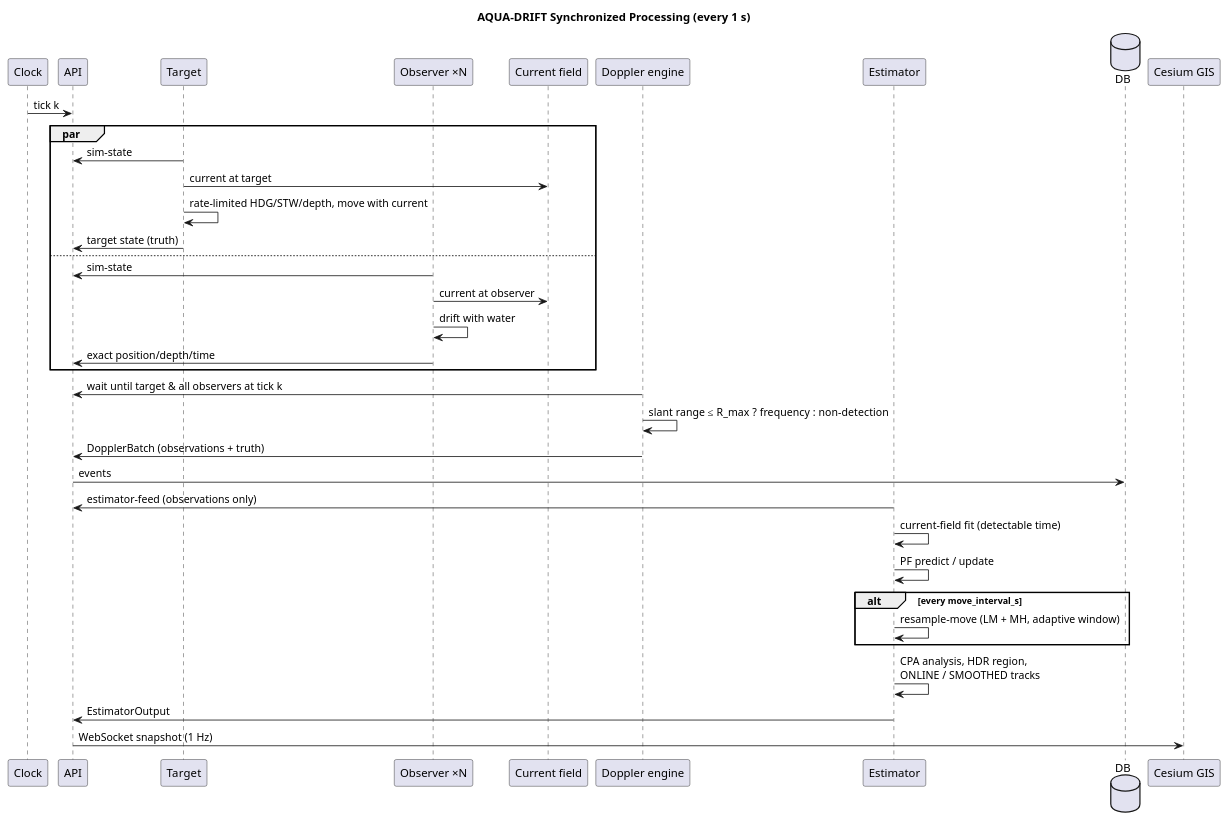
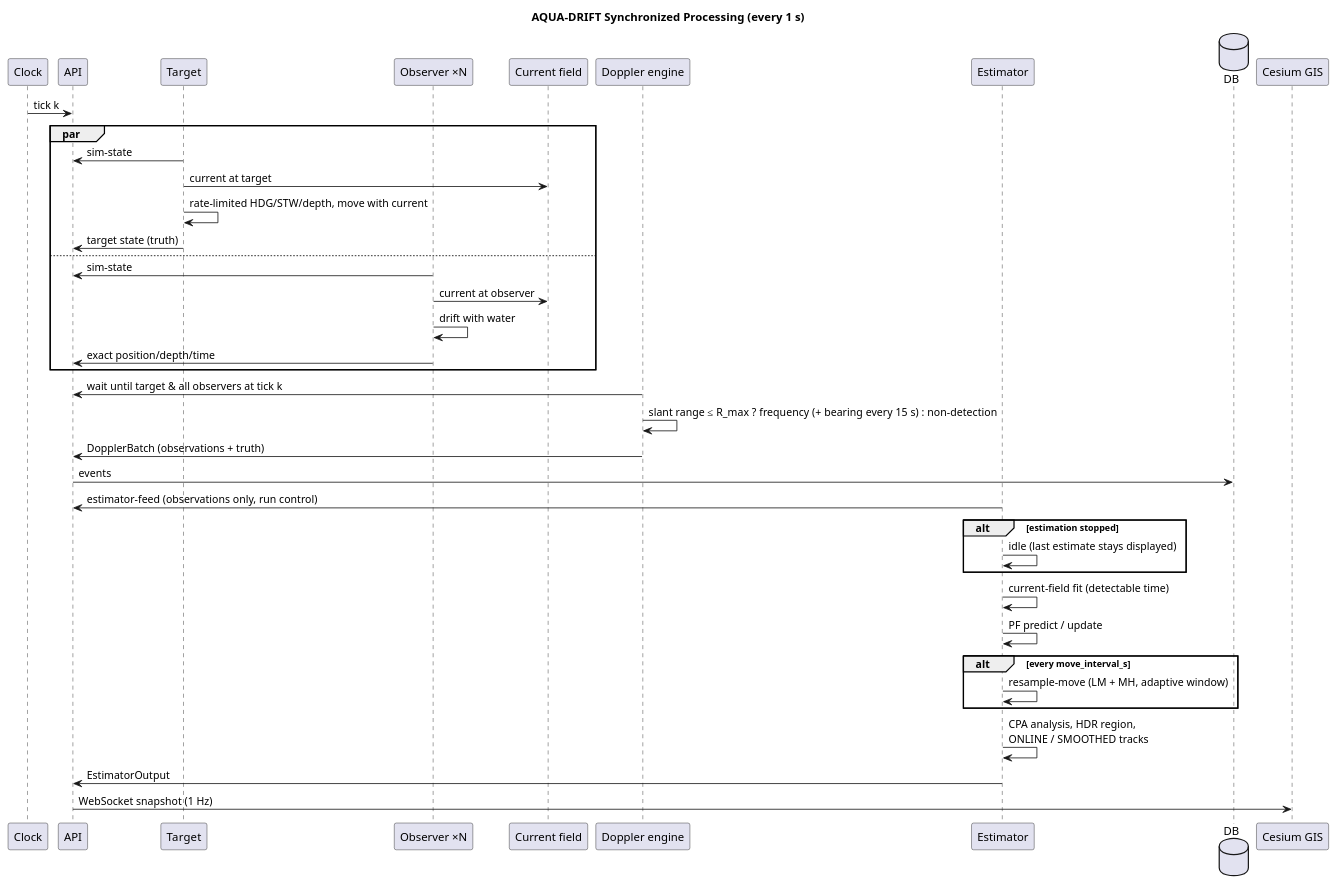
One commit to UeEmon/aqua-drift-simulator changed the diagram in docs/uml/sequence.puml. Above: the diagram before and after it, drawn with PlantUML. The commit also changed 29 other files, not shown here.

First line of the commit message:
Add estimate-vs-truth comparison, target setup tab, estimation start/stop, bearings, surround layout

```diff
--- a/docs/uml/sequence.puml
+++ b/docs/uml/sequence.puml
@@ -1,38 +1,41 @@
 @startuml
 title AQUA-DRIFT Synchronized Processing (every 1 s)
 participant Clock
 participant API
 participant Target
 participant "Observer ×N" as Observer
 participant "Current field" as Field
 participant "Doppler engine" as Doppler
 participant Estimator
 database DB
 participant "Cesium GIS" as GIS
 
 Clock -> API : tick k
 par
   Target -> API : sim-state
   Target -> Field : current at target
   Target -> Target : rate-limited HDG/STW/depth, move with current
   Target -> API : target state (truth)
 else
   Observer -> API : sim-state
   Observer -> Field : current at observer
   Observer -> Observer : drift with water
   Observer -> API : exact position/depth/time
 end
 Doppler -> API : wait until target & all observers at tick k
-Doppler -> Doppler : slant range ≤ R_max ? frequency : non-detection
+Doppler -> Doppler : slant range ≤ R_max ? frequency (+ bearing every 15 s) : non-detection
 Doppler -> API : DopplerBatch (observations + truth)
 API -> DB : events
-Estimator -> API : estimator-feed (observations only)
+Estimator -> API : estimator-feed (observations only, run control)
+alt estimation stopped
+  Estimator -> Estimator : idle (last estimate stays displayed)
+end
 Estimator -> Estimator : current-field fit (detectable time)
 Estimator -> Estimator : PF predict / update
 alt every move_interval_s
   Estimator -> Estimator : resample-move (LM + MH, adaptive window)
 end
 Estimator -> Estimator : CPA analysis, HDR region,\nONLINE / SMOOTHED tracks
 Estimator -> API : EstimatorOutput
 API -> GIS : WebSocket snapshot (1 Hz)
 @enduml
```
